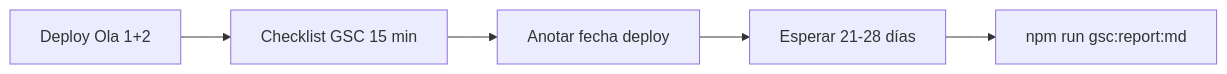
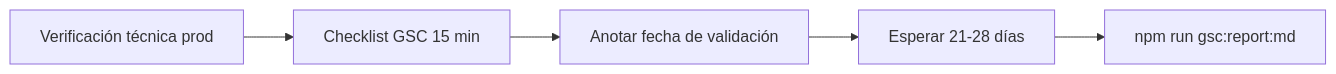
The diagram in docs/cambios-prioritarios-seo-2026-05-20.md (gpedrosad/katia), drawn with Mermaid before and after one commit. The commit also changed other lines of this file and 14 other files, not shown here.

````diff
--- a/docs/cambios-prioritarios-seo-2026-05-20.md
+++ b/docs/cambios-prioritarios-seo-2026-05-20.md
@@ -151,7 +148,7 @@
 ```mermaid
 flowchart LR
-  A[Deploy Ola 1+2] --> B[Checklist GSC 15 min]
-  B --> C[Anotar fecha deploy]
+  A[Verificación técnica prod] --> B[Checklist GSC 15 min]
+  B --> C[Anotar fecha de validación]
   C --> D[Esperar 21-28 días]
   D --> E[npm run gsc:report:md]
 ```
````
